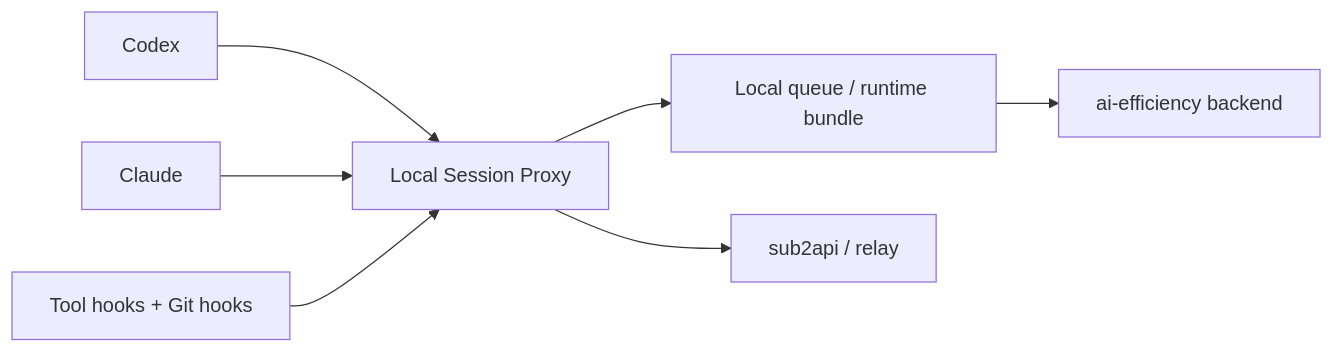
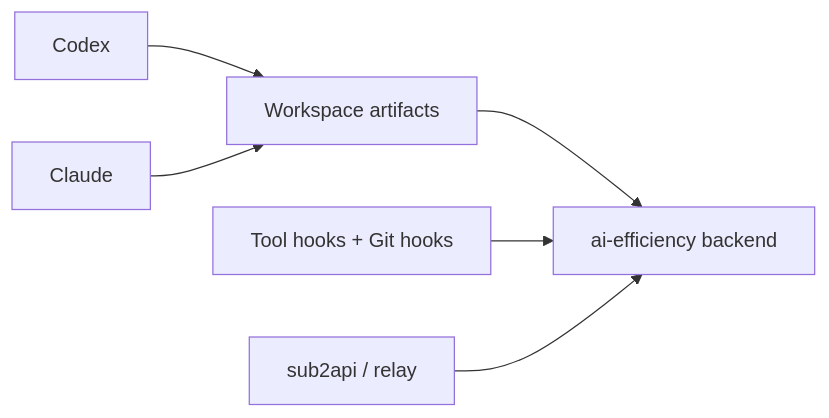
Before and after one commit to LichKing-2234/ai-efficiency: the fourth of 4 diagrams in docs/architecture.md, drawn with Mermaid. The commit also changed other lines of this file and 41 other files, not shown here.

First line of the commit message:
refactor(session): finish sessionless runtime cutover (#29)

````diff
--- a/docs/architecture.md
+++ b/docs/architecture.md
@@ -183,17 +167,15 @@
 ```mermaid
 flowchart LR
     Codex["Codex"]
     Claude["Claude"]
+    Workspace["Workspace artifacts"]
     Hooks["Tool hooks + Git hooks"]
-    Proxy["Local Session Proxy"]
-    Queue["Local queue / runtime bundle"]
     Backend["ai-efficiency backend"]
     Relay["sub2api / relay"]
 
-    Codex --> Proxy
-    Claude --> Proxy
-    Hooks --> Proxy
-    Proxy --> Relay
-    Proxy --> Queue
-    Queue --> Backend
+    Codex --> Workspace
+    Claude --> Workspace
+    Workspace --> Backend
+    Hooks --> Backend
+    Relay --> Backend
 ```
````
